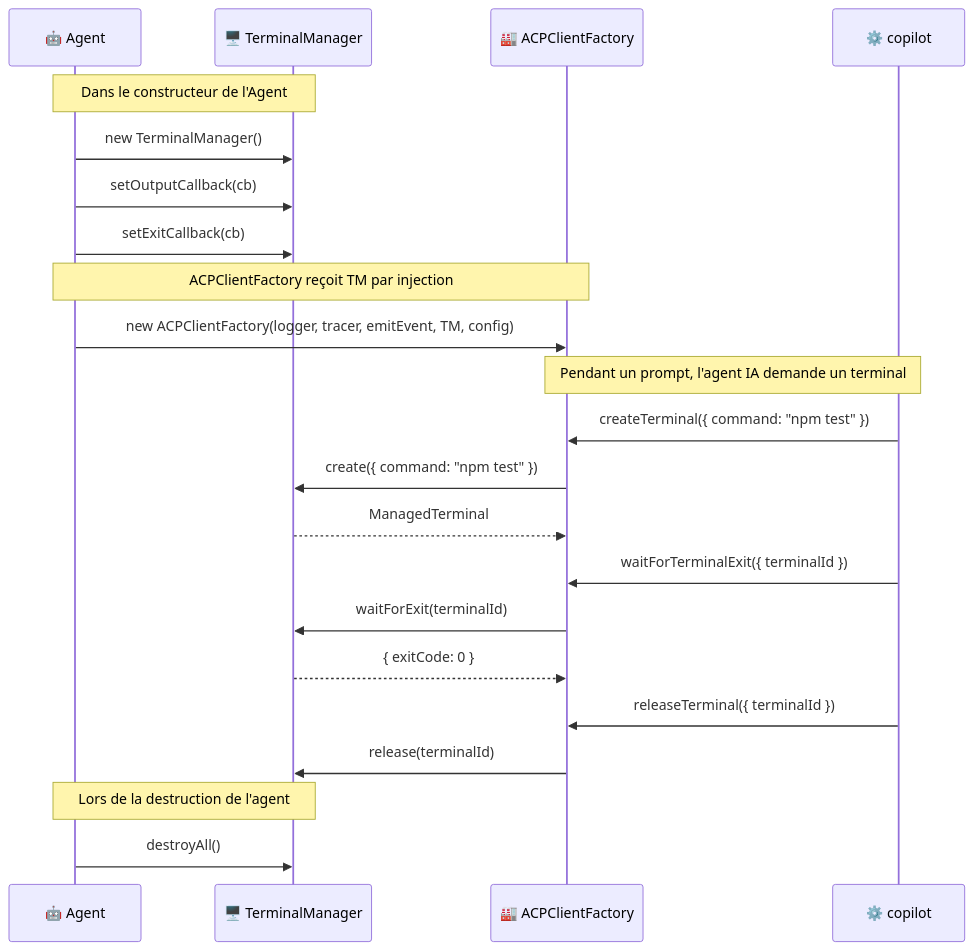
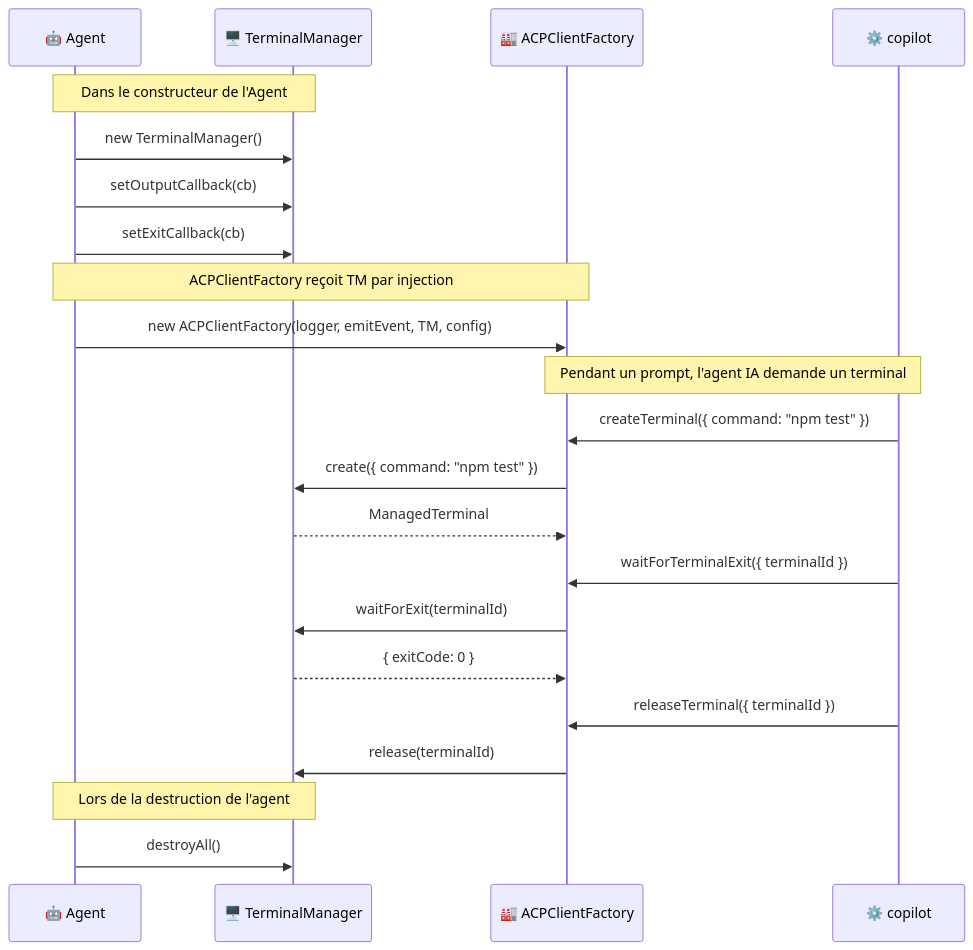
The fourth of 5 diagrams in docs/components/terminal-manager.md (atinseau/stark), drawn with Mermaid before and after one commit. The commit also changed other lines of this file and 13 other files, not shown here.

````diff
--- a/docs/components/terminal-manager.md
+++ b/docs/components/terminal-manager.md
@@ -396,34 +396,34 @@
 ```mermaid
 sequenceDiagram
     participant A as 🤖 Agent
     participant TM as 🖥️ TerminalManager
     participant ACF as 🏭 ACPClientFactory
     participant PROC as ⚙️ copilot
 
     Note over A,TM: Dans le constructeur de l'Agent
 
     A->>TM: new TerminalManager()
     A->>TM: setOutputCallback(cb)
     A->>TM: setExitCallback(cb)
 
     Note over A,ACF: ACPClientFactory reçoit TM par injection
 
-    A->>ACF: new ACPClientFactory(logger, tracer, emitEvent, TM, config)
+    A->>ACF: new ACPClientFactory(logger, emitEvent, TM, config)
 
     Note over PROC,ACF: Pendant un prompt, l'agent IA demande un terminal
 
     PROC->>ACF: createTerminal({ command: "npm test" })
     ACF->>TM: create({ command: "npm test" })
     TM-->>ACF: ManagedTerminal
 
     PROC->>ACF: waitForTerminalExit({ terminalId })
     ACF->>TM: waitForExit(terminalId)
     TM-->>ACF: { exitCode: 0 }
 
     PROC->>ACF: releaseTerminal({ terminalId })
     ACF->>TM: release(terminalId)
 
     Note over A,TM: Lors de la destruction de l'agent
 
     A->>TM: destroyAll()
 ```
````
